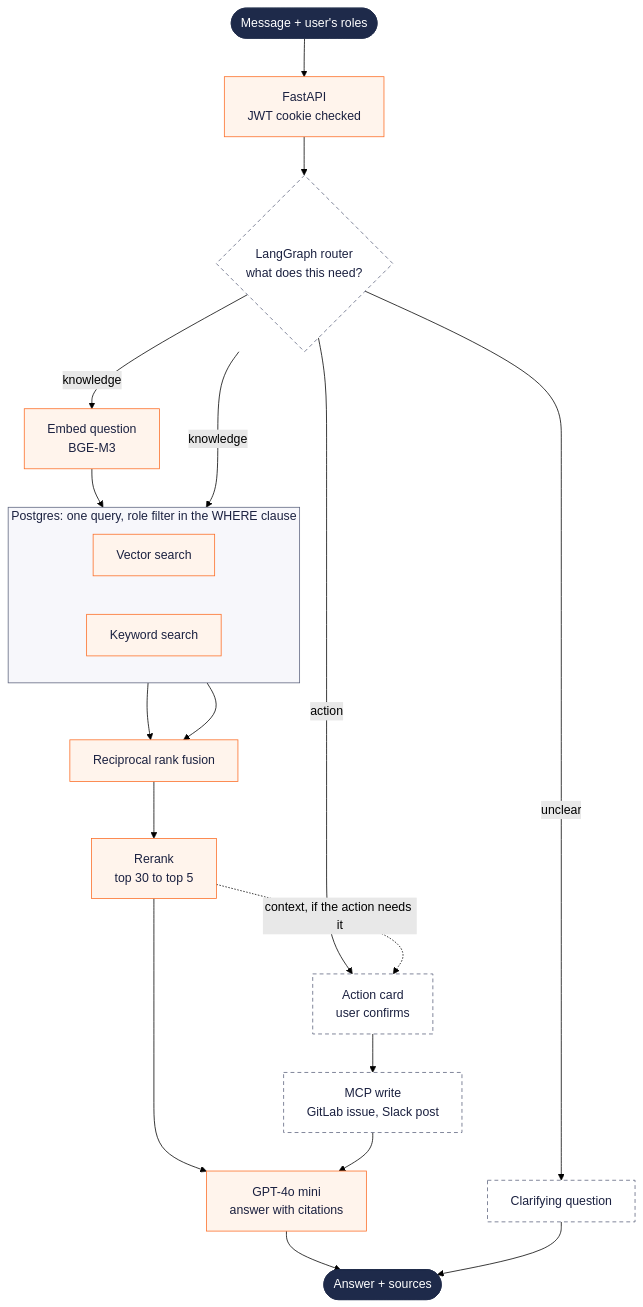
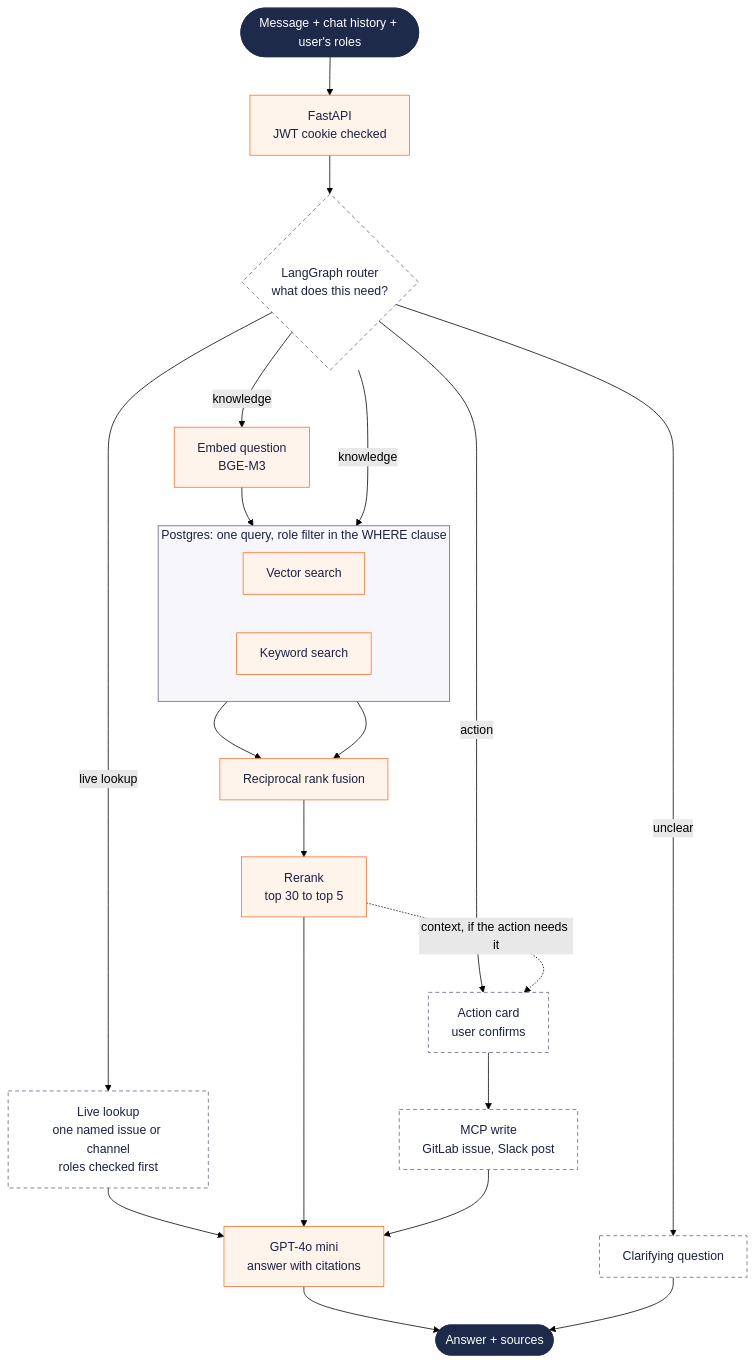
The second of 3 diagrams in README.md (shreyamhetre/BrainBase), drawn with Mermaid (forest theme) before and after one commit. The commit also changed other lines of this file and 34 other files, not shown here.

````diff
--- a/README.md
+++ b/README.md
@@ -108,35 +114,37 @@
 ```mermaid
 flowchart TD
-    U([Message + user's roles]) --> API[FastAPI<br/>JWT cookie checked]
+    U([Message + chat history + user's roles]) --> API[FastAPI<br/>JWT cookie checked]
     API --> RT{LangGraph router<br/>what does this need?}
 
     RT -- knowledge --> EQ[Embed question<br/>BGE-M3]
     RT -- action --> AC[Action card<br/>user confirms]
     RT -- unclear --> CL[Clarifying question]
+    RT -- live lookup --> LL[Live lookup<br/>one named issue or channel<br/>roles checked first]
+    LL --> L
 
     subgraph PG[Postgres: one query, role filter in the WHERE clause]
         direction LR
         V[Vector search]
         K[Keyword search]
     end
 
     EQ --> V
     RT -- knowledge --> K
     V --> F[Reciprocal rank fusion]
     K --> F
     F --> RR[Rerank<br/>top 30 to top 5]
     RR --> L[GPT-4o mini<br/>answer with citations]
     RR -. context, if the action needs it .-> AC
     AC --> MCP[MCP write<br/>GitLab issue, Slack post]
     MCP --> L
     L --> A([Answer + sources])
     CL --> A
 
     classDef io fill:#1e2a4a,stroke:#1e2a4a,color:#ffffff
     classDef built fill:#fff4ec,stroke:#fc6d26,color:#1b2140
     classDef planned fill:#ffffff,stroke:#5d647e,color:#1b2140,stroke-dasharray:5 4
     class U,A io
     class API,EQ,V,K,F,RR,L built
-    class RT,AC,CL,MCP planned
+    class RT,AC,CL,MCP,LL planned
     style PG fill:#f7f7fb,stroke:#5d647e,color:#1b2140
 ```
````
